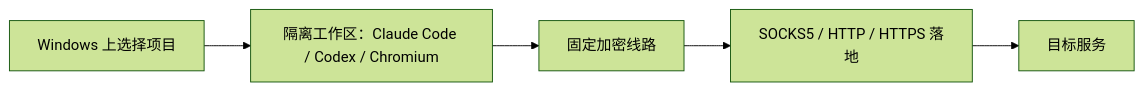
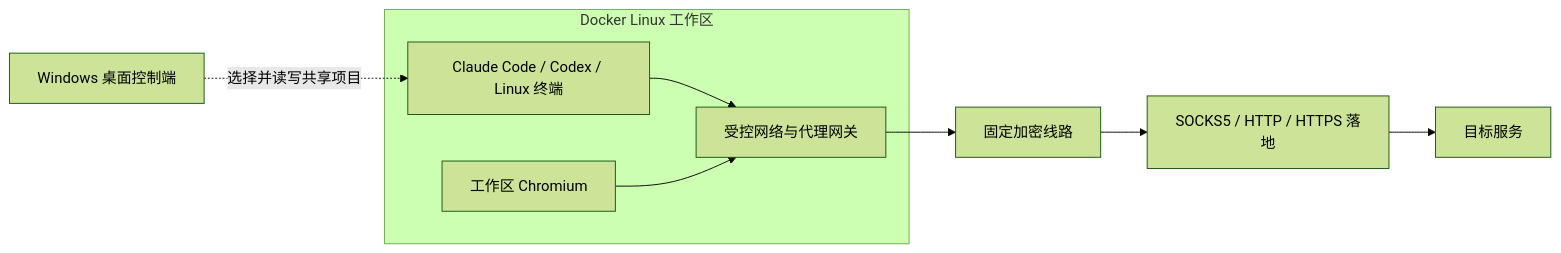
The diagram in README.md (engeeeee/-enge-spx), drawn with Mermaid (forest theme) before and after one commit. The commit also changed other lines of this file and 6 other files, not shown here.

````diff
--- a/README.md
+++ b/README.md
@@ -25,7 +43,14 @@
 ```mermaid
 flowchart LR
-    A[Windows 上选择项目] --> B[隔离工作区：Claude Code / Codex / Chromium]
-    B --> C[固定加密线路]
-    C --> D[SOCKS5 / HTTP / HTTPS 落地]
-    D --> E[目标服务]
+    W["Windows 桌面控制端"] -. "选择并读写共享项目" .-> T
+    subgraph C["Docker Linux 工作区"]
+        T["Claude Code / Codex / Linux 终端"]
+        B["工作区 Chromium"]
+        G["受控网络与代理网关"]
+        T --> G
+        B --> G
+    end
+    G --> L["固定加密线路"]
+    L --> P["SOCKS5 / HTTP / HTTPS 落地"]
+    P --> S["目标服务"]
 ```
````
